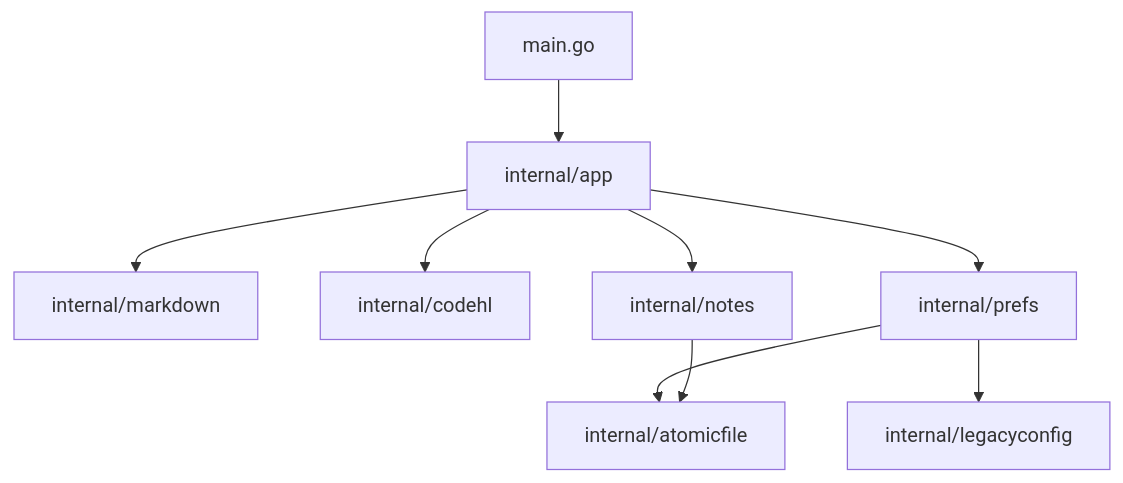
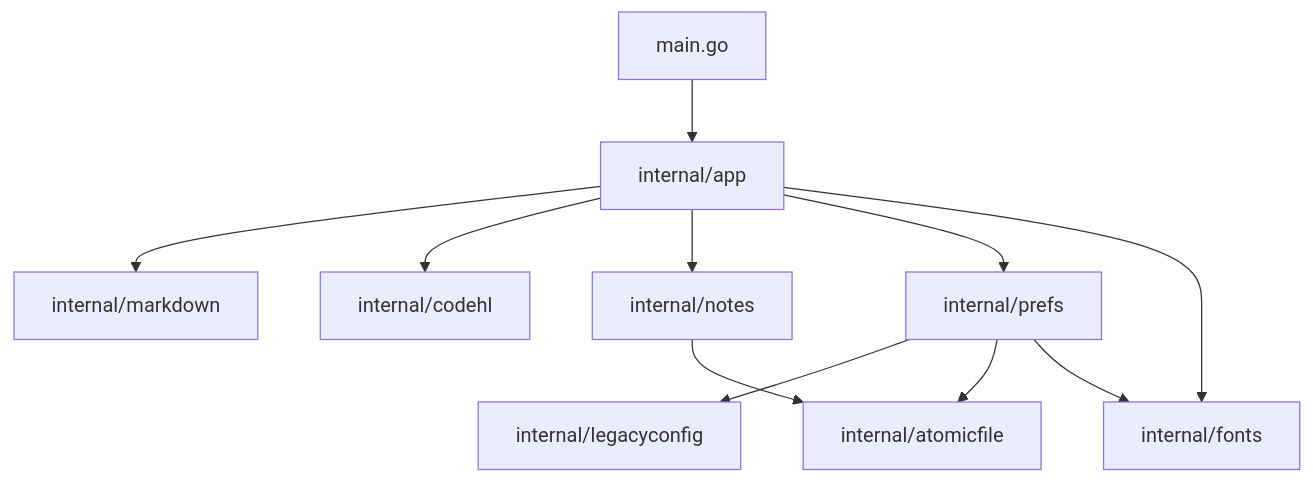
The diagram in docs/engineering-standard.md (blackbot7k-boop/Zakki), drawn with Mermaid before and after one commit. The commit also changed other lines of this file and 45 other files, not shown here.

````diff
--- a/docs/engineering-standard.md
+++ b/docs/engineering-standard.md
@@ -45,19 +46,22 @@
 ```mermaid
 flowchart TD
     entry["main.go"]
     appPkg["internal/app"]
     mdPkg["internal/markdown"]
     hlPkg["internal/codehl"]
     notesPkg["internal/notes"]
     prefsPkg["internal/prefs"]
     legacyPkg["internal/legacyconfig"]
+    fontsPkg["internal/fonts"]
     atomicPkg["internal/atomicfile"]
     entry --> appPkg
     appPkg --> mdPkg
     appPkg --> hlPkg
     appPkg --> notesPkg
     appPkg --> prefsPkg
+    appPkg --> fontsPkg
     prefsPkg --> legacyPkg
     prefsPkg --> atomicPkg
+    prefsPkg --> fontsPkg
     notesPkg --> atomicPkg
 ```
````
